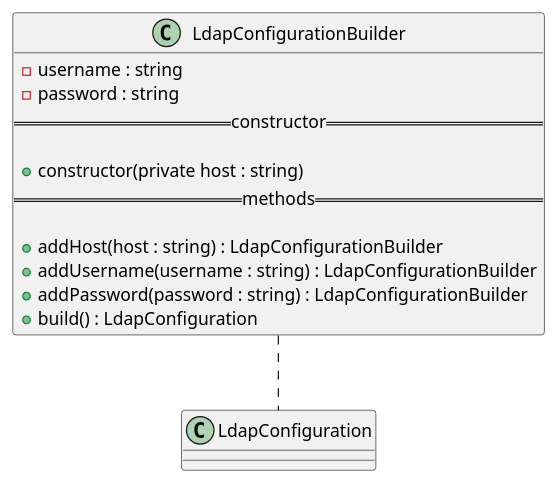
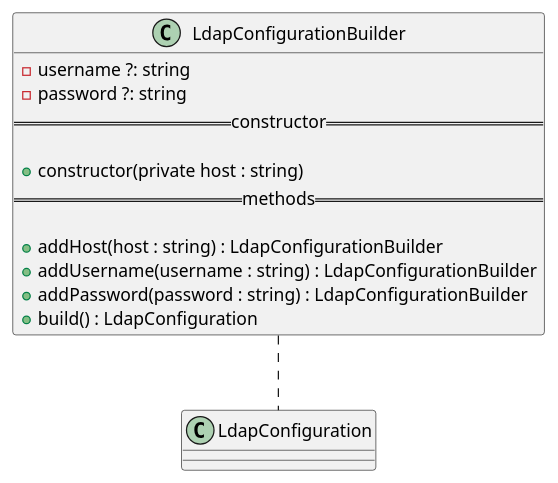
Before and after one commit to GruppOne/stalker-web-app: the diagram in docs/diagrams/classes/LdapConfiguration/LdapConfigurationBuilder.pu, drawn with PlantUML. The commit also changed 16 other files, not shown here.

```diff
--- a/docs/diagrams/classes/LdapConfiguration/LdapConfigurationBuilder.pu
+++ b/docs/diagrams/classes/LdapConfiguration/LdapConfigurationBuilder.pu
@@ -1,17 +1,17 @@
 @startuml LdapConfigurationBuilder diagram
 class LdapConfigurationBuilder {
-  - username : string
-  - password : string
+  - username ?: string
+  - password ?: string
   ==constructor==
 
   + constructor(private host : string)
   ==methods==
 
   + addHost(host : string) : LdapConfigurationBuilder
   + addUsername(username : string) : LdapConfigurationBuilder
   + addPassword(password : string) : LdapConfigurationBuilder
   + build() : LdapConfiguration
 }
 
 LdapConfigurationBuilder .. LdapConfiguration
 @enduml
```
